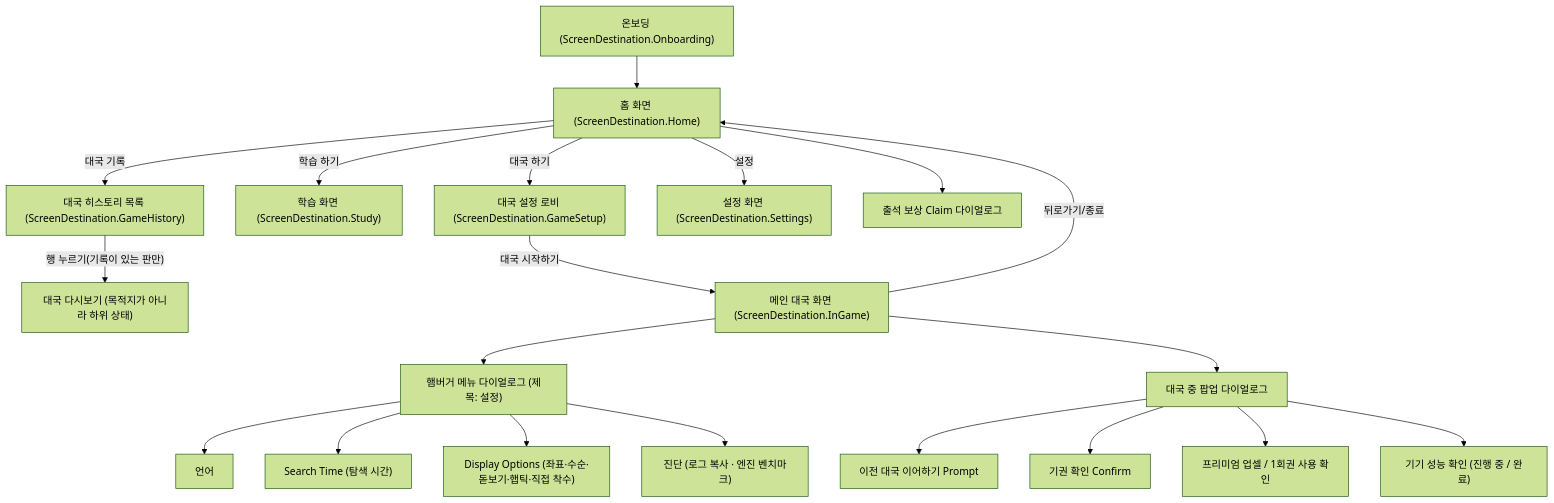
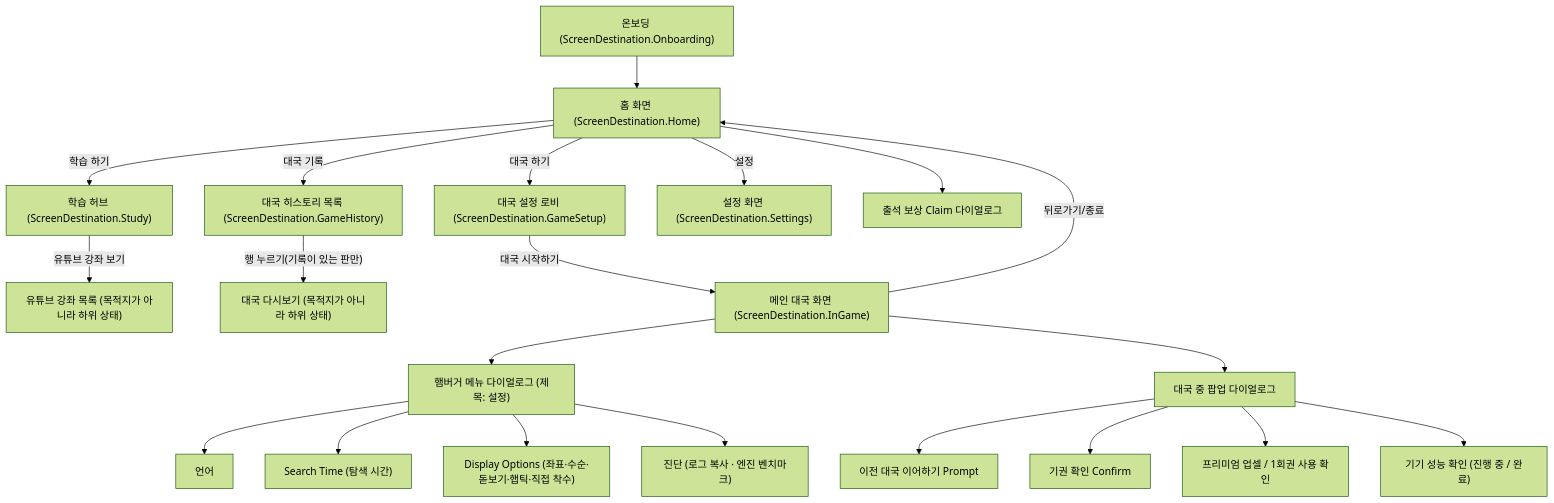
One commit to flitsky/go-ai-coach-app changed the diagram in docs/spec/APP_IA_AND_UI_SPEC.md. Above: the diagram before and after it, drawn with Mermaid (forest theme). The commit also changed other lines of this file and 10 other files, not shown here.

````diff
--- a/docs/spec/APP_IA_AND_UI_SPEC.md
+++ b/docs/spec/APP_IA_AND_UI_SPEC.md
@@ -15,24 +15,25 @@
 ```mermaid
 graph TD
     O["온보딩 (ScreenDestination.Onboarding)"] --> A
     A["홈 화면 (ScreenDestination.Home)"] -->|"대국 하기"| B["대국 설정 로비 (ScreenDestination.GameSetup)"]
-    A -->|"학습 하기"| F["학습 화면 (ScreenDestination.Study)"]
+    A -->|"학습 하기"| F["학습 허브 (ScreenDestination.Study)"]
+    F -->|"유튜브 강좌 보기"| F1["유튜브 강좌 목록 (목적지가 아니라 하위 상태)"]
     A -->|"대국 기록"| G["대국 히스토리 목록 (ScreenDestination.GameHistory)"]
     G -->|"행 누르기(기록이 있는 판만)"| G1["대국 다시보기 (목적지가 아니라 하위 상태)"]
     A -->|"설정"| S["설정 화면 (ScreenDestination.Settings)"]
     B -->|"대국 시작하기"| C["메인 대국 화면 (ScreenDestination.InGame)"]
     C -->|"뒤로가기/종료"| A
 
     C --> D["햄버거 메뉴 다이얼로그 (제목: 설정)"]
     D --> D1["언어"]
     D --> D2["Search Time (탐색 시간)"]
     D --> D3["Display Options (좌표·수순·돋보기·햅틱·직접 착수)"]
     D --> D4["진단 (로그 복사 · 엔진 벤치마크)"]
 
     A --> P["출석 보상 Claim 다이얼로그"]
     C --> E["대국 중 팝업 다이얼로그"]
     E --> E1["이전 대국 이어하기 Prompt"]
     E --> E2["기권 확인 Confirm"]
     E --> E3["프리미엄 업셀 / 1회권 사용 확인"]
     E --> E4["기기 성능 확인 (진행 중 / 완료)"]
 ```
````
